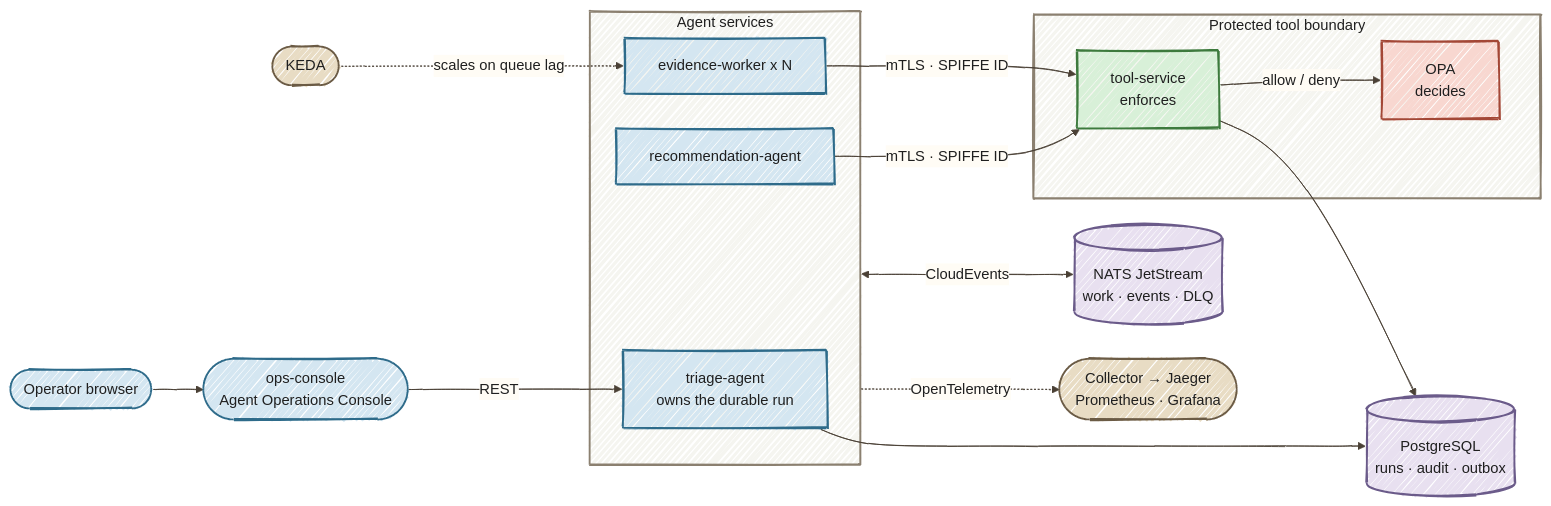
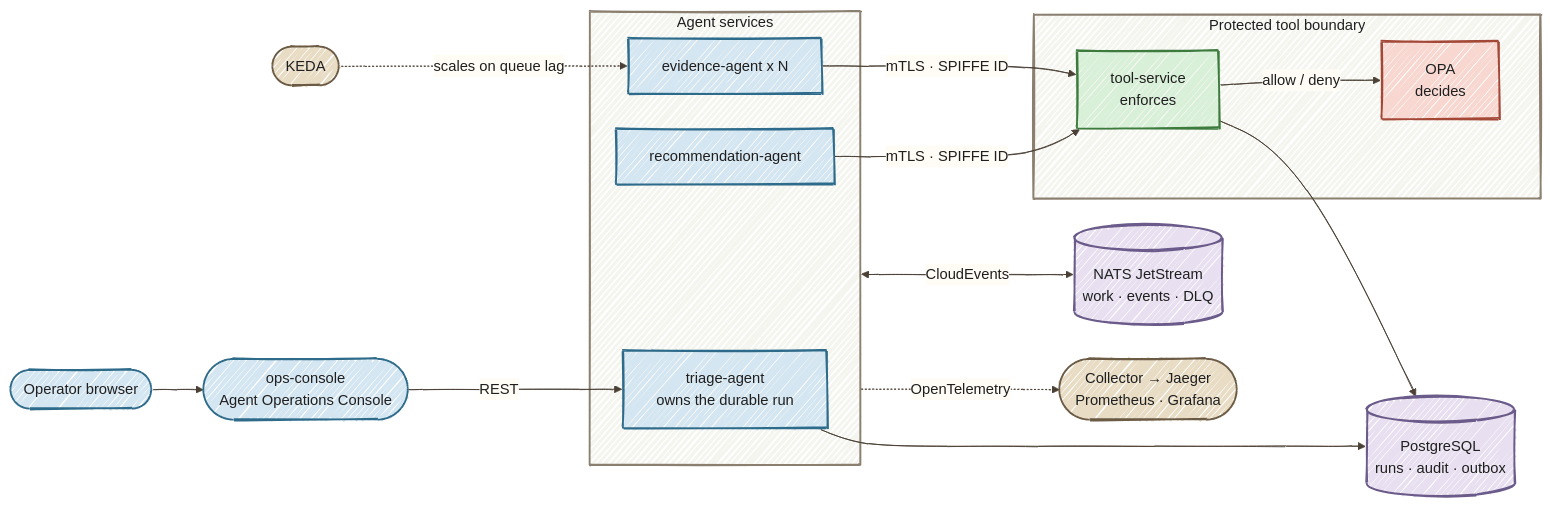
One commit to danieloh30/many-agents-one-platform changed the diagram in README.md. Above: the diagram before and after it, drawn with Mermaid. The commit also changed other lines of this file and 81 other files, not shown here.

First line of the commit message:
Rename evidence-worker to evidence-agent

````diff
--- a/README.md
+++ b/README.md
@@ -30,39 +30,39 @@
 ```mermaid
 %%{init: {"look":"handDrawn","theme":"base","themeVariables":{"darkMode":false,"background":"#FFFCF5","primaryColor":"#D4E6F1","primaryBorderColor":"#2E6B8A","primaryTextColor":"#1F1F1F","secondaryColor":"#D8F0D8","secondaryTextColor":"#1F1F1F","tertiaryColor":"#E8DCC4","tertiaryTextColor":"#1F1F1F","textColor":"#1F1F1F","lineColor":"#4A4035","edgeLabelBackground":"#FFFCF5","clusterBkg":"#F5F5F0","clusterBorder":"#6B5B45","fontSize":"16px"},"flowchart":{"nodeSpacing":35,"rankSpacing":55,"padding":18,"curve":"basis"}}}%%
 flowchart LR
     USER([Operator browser]) --> CONSOLE([ops-console<br/>Agent Operations Console])
     CONSOLE -->|REST| TRIAGE
 
     subgraph AGENTS[Agent services]
         TRIAGE[triage-agent<br/>owns the durable run]
-        EVIDENCE[evidence-worker x N]
+        EVIDENCE[evidence-agent x N]
         RECO[recommendation-agent]
     end
 
     AGENTS <-->|CloudEvents| NATS[(NATS JetStream<br/>work · events · DLQ)]
     EVIDENCE -->|mTLS · SPIFFE ID| TOOLS
     RECO -->|mTLS · SPIFFE ID| TOOLS
 
     subgraph BOUNDARY[Protected tool boundary]
         TOOLS[tool-service<br/>enforces] -->|allow / deny| OPA[OPA<br/>decides]
     end
 
     TRIAGE --> PG[(PostgreSQL<br/>runs · audit · outbox)]
     TOOLS --> PG
     KEDA([KEDA]) -.->|scales on queue lag| EVIDENCE
     AGENTS -.->|OpenTelemetry| OBS([Collector → Jaeger<br/>Prometheus · Grafana])
 
     style USER fill:#D4E6F1,stroke:#2E6B8A,color:#1F1F1F,stroke-width:2px
     style CONSOLE fill:#D4E6F1,stroke:#2E6B8A,color:#1F1F1F,stroke-width:2px
     style AGENTS fill:#F5F5F0,stroke:#8B8070,color:#1F1F1F,stroke-width:2px
     style TRIAGE fill:#D4E6F1,stroke:#2E6B8A,color:#1F1F1F,stroke-width:2px
     style EVIDENCE fill:#D4E6F1,stroke:#2E6B8A,color:#1F1F1F,stroke-width:2px
     style RECO fill:#D4E6F1,stroke:#2E6B8A,color:#1F1F1F,stroke-width:2px
     style NATS fill:#E8E0F0,stroke:#6B5B8A,color:#1F1F1F,stroke-width:2px
     style PG fill:#E8E0F0,stroke:#6B5B8A,color:#1F1F1F,stroke-width:2px
     style BOUNDARY fill:#F5F5F0,stroke:#8B8070,color:#1F1F1F,stroke-width:2px
     style TOOLS fill:#D8F0D8,stroke:#3D7A3D,color:#1F1F1F,stroke-width:2px
     style OPA fill:#F8D7D0,stroke:#A34736,color:#1F1F1F,stroke-width:2px
     style KEDA fill:#E8DCC4,stroke:#6B5B45,color:#1F1F1F,stroke-width:2px
     style OBS fill:#E8DCC4,stroke:#6B5B45,color:#1F1F1F,stroke-width:2px
 ```
````
